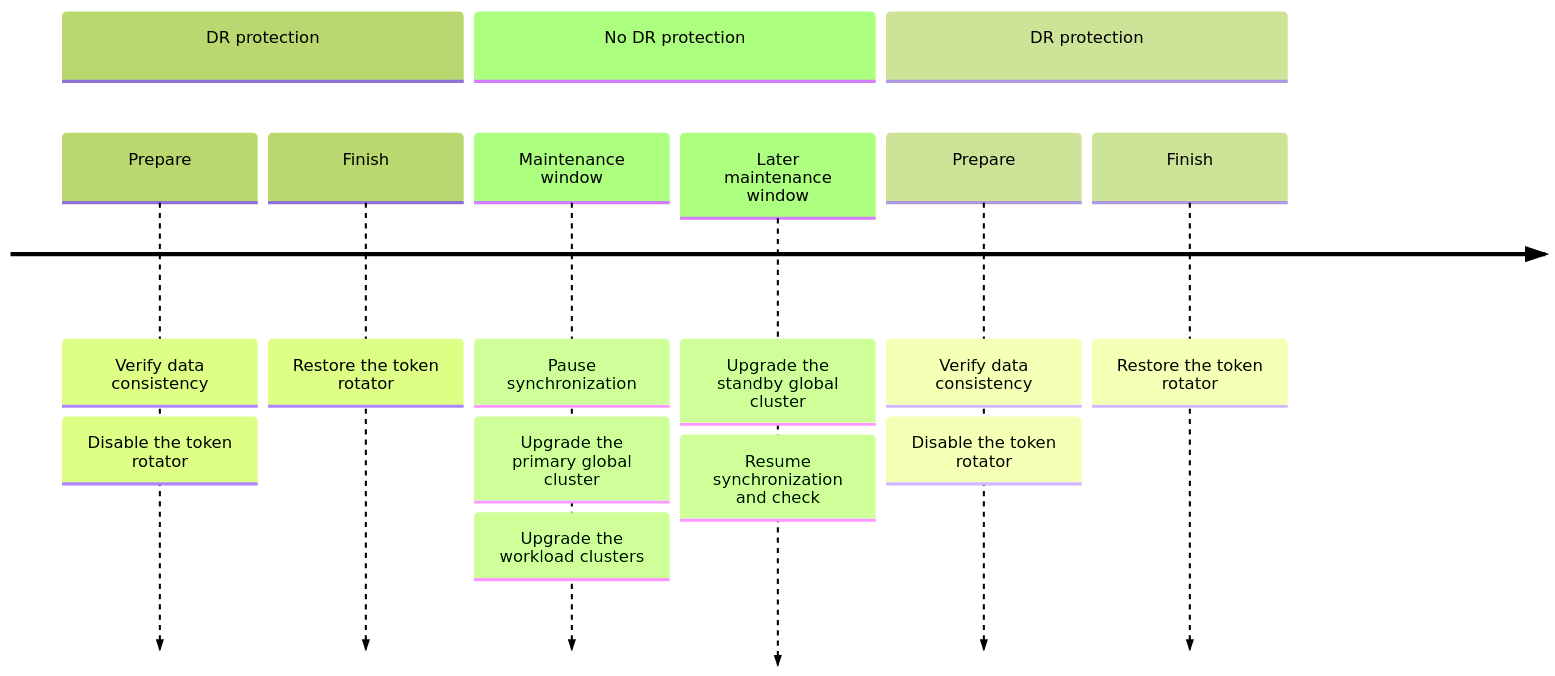
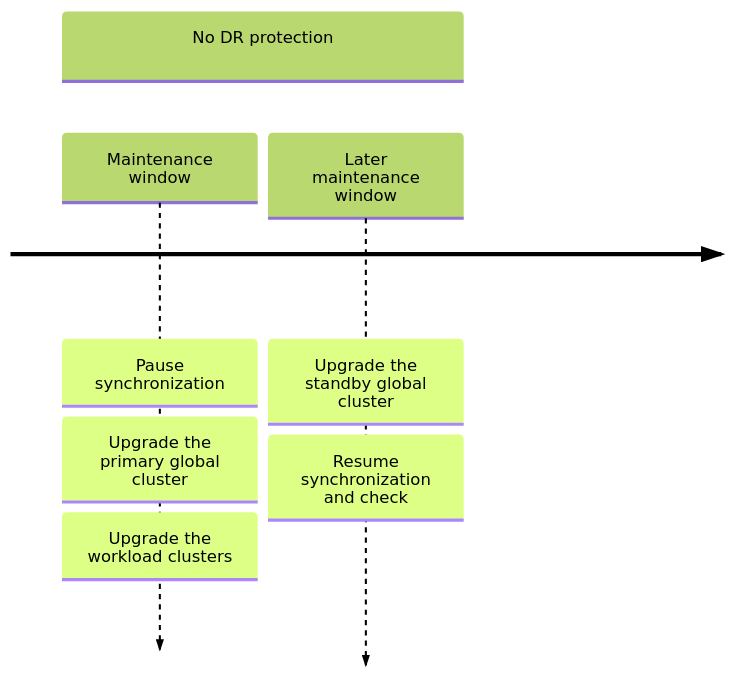
One commit to alauda/acp-docs changed the diagram in docs/en/upgrade/global/upgrade_global_dr_deferred_standby.mdx. Above: the diagram before and after it, drawn with Mermaid (forest theme).

Commit message:
docs(upgrade): keep only the upgrade windows in the dr timeline

````diff
--- a/docs/en/upgrade/global/upgrade_global_dr_deferred_standby.mdx
+++ b/docs/en/upgrade/global/upgrade_global_dr_deferred_standby.mdx
@@ -10,10 +10,6 @@
 ```mermaid
 timeline
-    section DR protection
-        Prepare : Verify data consistency : Disable the token rotator
     section No DR protection
         Maintenance window : Pause synchronization : Upgrade the primary global cluster : Upgrade the workload clusters
         Later maintenance window : Upgrade the standby global cluster : Resume synchronization and check
-    section DR protection
-        Finish : Restore the token rotator
 ```
````
